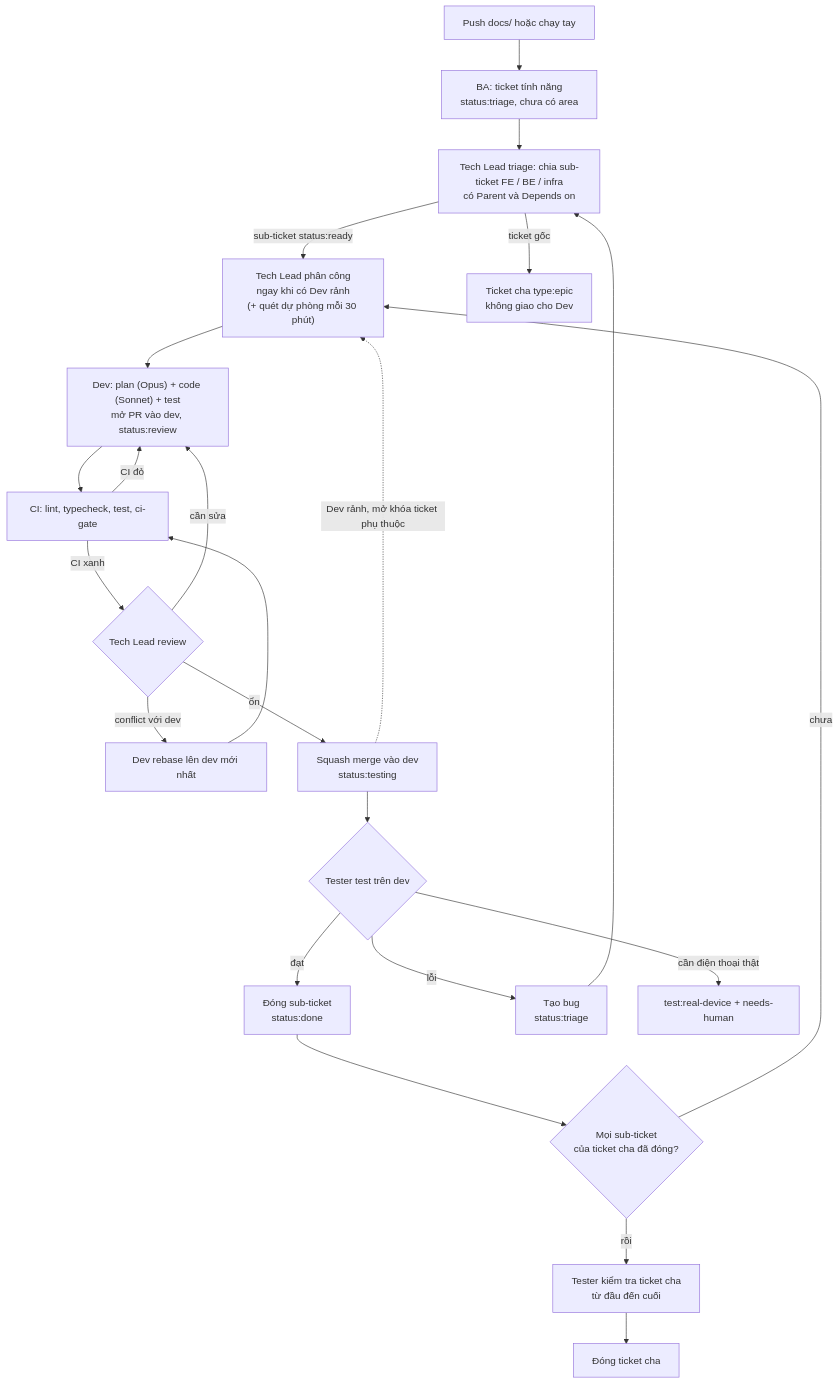
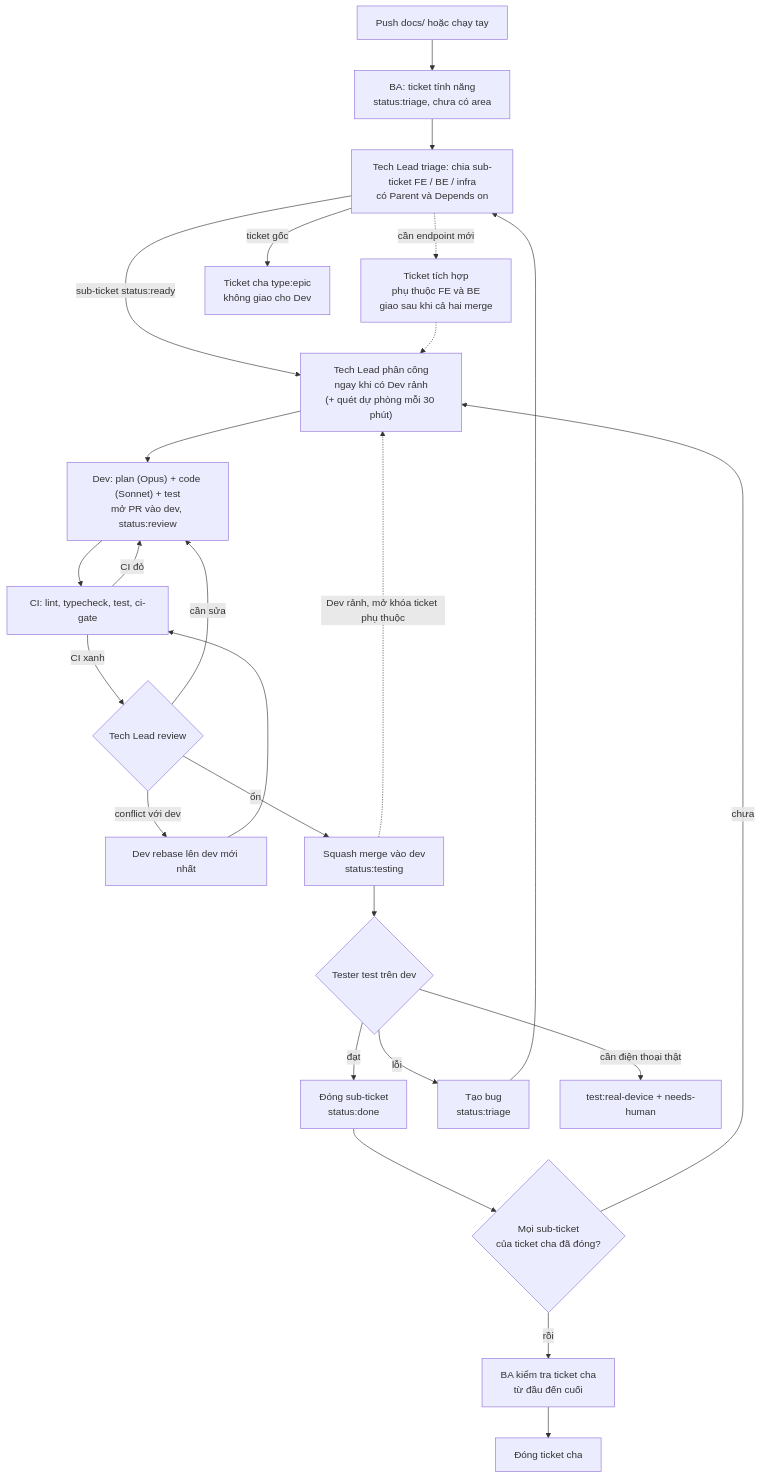
One commit to minhhoang2608/moneymates changed the diagram in docs/ai-software-factory.md. Above: the diagram before and after it, drawn with Mermaid. The commit also changed other lines of this file, not shown here.

````diff
--- a/docs/ai-software-factory.md
+++ b/docs/ai-software-factory.md
@@ -38,22 +50,24 @@
 ```mermaid
 flowchart TD
     D["Push docs/ hoặc chạy tay"] --> BA["BA: ticket tính năng<br/>status:triage, chưa có area"]
     BA --> TL1["Tech Lead triage: chia sub-ticket FE / BE / infra<br/>có Parent và Depends on"]
     TL1 -->|"sub-ticket status:ready"| TL2["Tech Lead phân công<br/>ngay khi có Dev rảnh<br/>(+ quét dự phòng mỗi 30 phút)"]
+    TL1 -.->|"cần endpoint mới"| INT["Ticket tích hợp<br/>phụ thuộc FE và BE<br/>giao sau khi cả hai merge"]
+    INT -.-> TL2
     TL1 -->|"ticket gốc"| PAR["Ticket cha type:epic<br/>không giao cho Dev"]
     TL2 --> DEV["Dev: plan (Opus) + code (Sonnet) + test<br/>mở PR vào dev, status:review"]
     DEV --> CI["CI: lint, typecheck, test, ci-gate"]
     CI -->|"CI đỏ"| DEV
     CI -->|"CI xanh"| TL3{"Tech Lead review"}
     TL3 -->|"cần sửa"| DEV
     TL3 -->|"conflict với dev"| RB["Dev rebase lên dev mới nhất"] --> CI
     TL3 -->|"ổn"| M["Squash merge vào dev<br/>status:testing"]
     M -.->|"Dev rảnh, mở khóa ticket phụ thuộc"| TL2
     M --> T{"Tester test trên dev"}
     T -->|"đạt"| DONE["Đóng sub-ticket<br/>status:done"]
     T -->|"lỗi"| BUG["Tạo bug<br/>status:triage"] --> TL1
     T -->|"cần điện thoại thật"| HUM["test:real-device + needs-human"]
     DONE --> ALL{"Mọi sub-ticket<br/>của ticket cha đã đóng?"}
-    ALL -->|"rồi"| TP["Tester kiểm tra ticket cha<br/>từ đầu đến cuối"] --> PD["Đóng ticket cha"]
+    ALL -->|"rồi"| TP["BA kiểm tra ticket cha<br/>từ đầu đến cuối"] --> PD["Đóng ticket cha"]
     ALL -->|"chưa"| TL2
 ```
````
